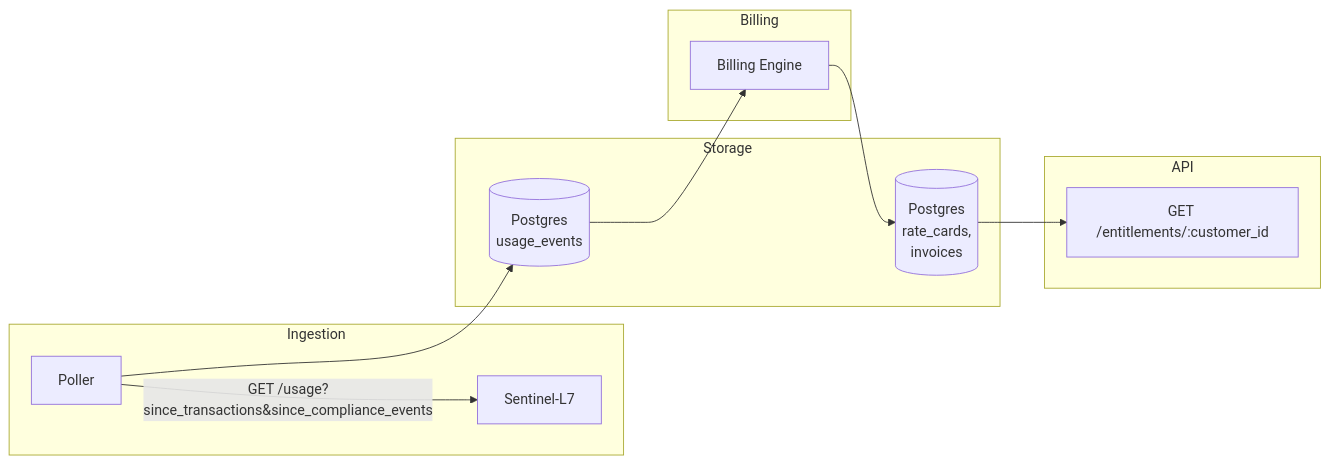
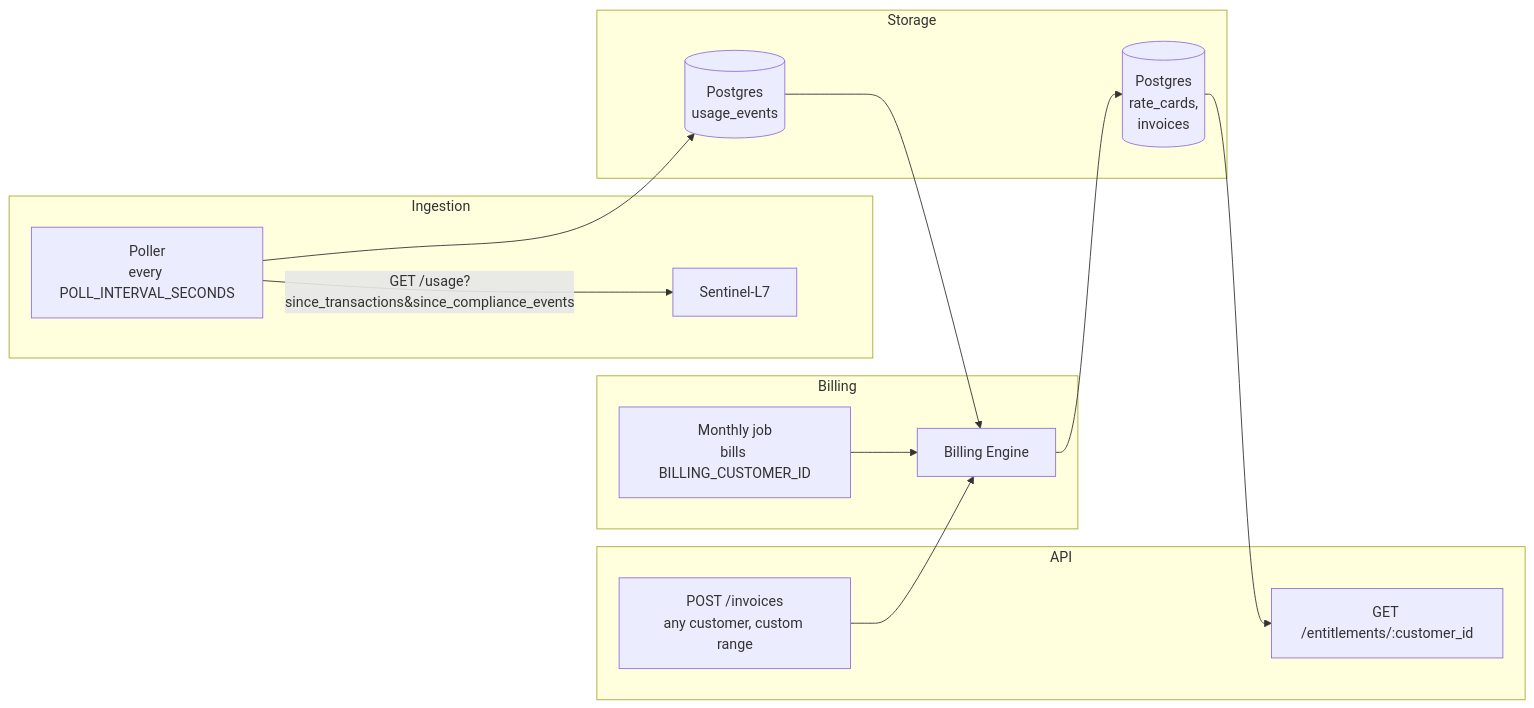
The diagram in README.md (obrienma/Ledger-L5), drawn with Mermaid before and after one commit. The commit also changed other lines of this file and 15 other files, not shown here.

````diff
--- a/README.md
+++ b/README.md
@@ -74,20 +80,24 @@
 ```mermaid
 flowchart LR
     subgraph Ingestion
-        A[Poller] -->|GET /usage?since_transactions&since_compliance_events| B[Sentinel-L7]
+        A[Poller<br/>every POLL_INTERVAL_SECONDS] -->|GET /usage?since_transactions&since_compliance_events| B[Sentinel-L7]
     end
     subgraph Storage
         C[(Postgres<br/>usage_events)]
         D[(Postgres<br/>rate_cards,<br/>invoices)]
     end
     subgraph Billing
         E[Billing Engine]
+        M[Monthly job<br/>bills BILLING_CUSTOMER_ID]
     end
     subgraph API
         F[GET /entitlements/:customer_id]
+        G[POST /invoices<br/>any customer, custom range]
     end
     A --> C
     C --> E
+    M --> E
     E --> D
     D --> F
+    G --> E
 ```
````
